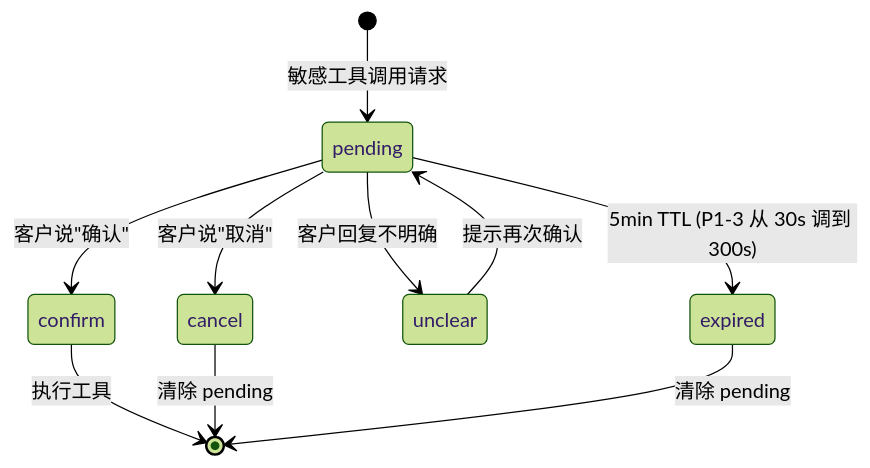
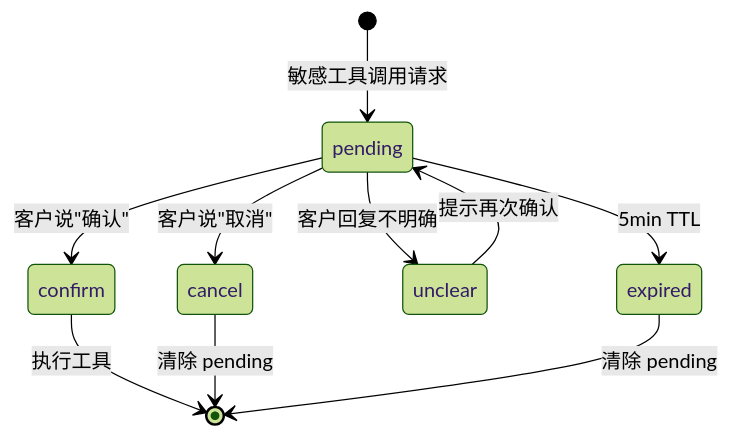
The second of 2 diagrams in docs/book/03-bot-self-service.md (slowleelab/QingQue), drawn with Mermaid (forest theme) before and after one commit. The commit also changed other lines of this file and 22 other files, not shown here.

````diff
--- a/docs/book/03-bot-self-service.md
+++ b/docs/book/03-bot-self-service.md
@@ -305,12 +305,12 @@
 ```mermaid
 stateDiagram-v2
     [*] --> pending: 敏感工具调用请求
     pending --> confirm: 客户说"确认"
     pending --> cancel: 客户说"取消"
     pending --> unclear: 客户回复不明确
-    pending --> expired: 5min TTL (P1-3 从 30s 调到 300s)
+    pending --> expired: 5min TTL
     confirm --> [*]: 执行工具
     cancel --> [*]: 清除 pending
     unclear --> pending: 提示再次确认
     expired --> [*]: 清除 pending
 ```
````
